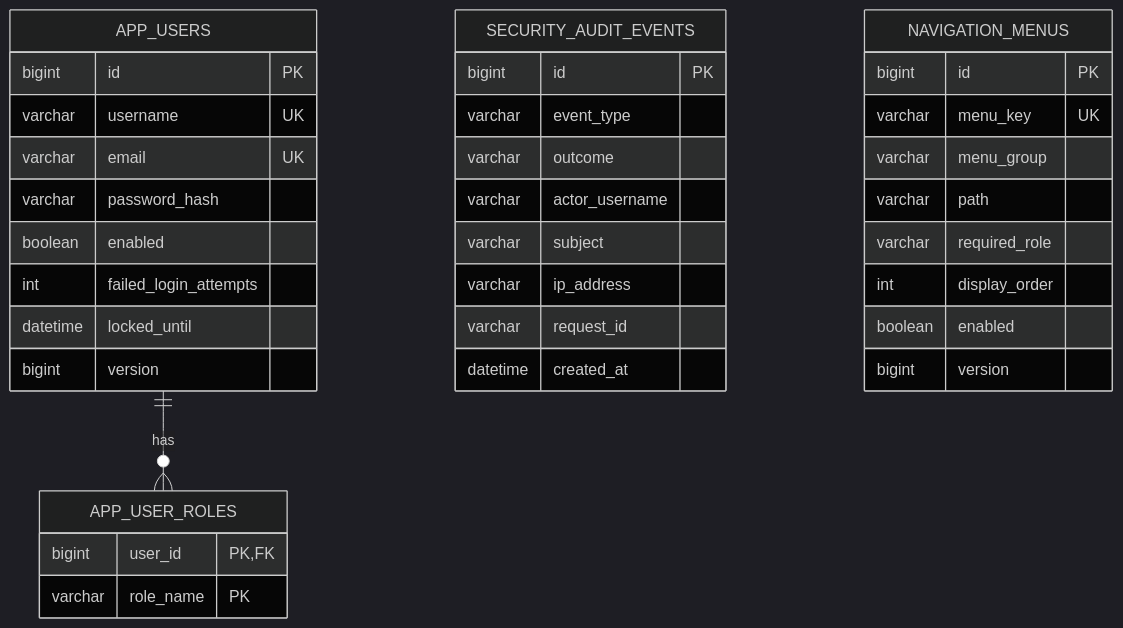
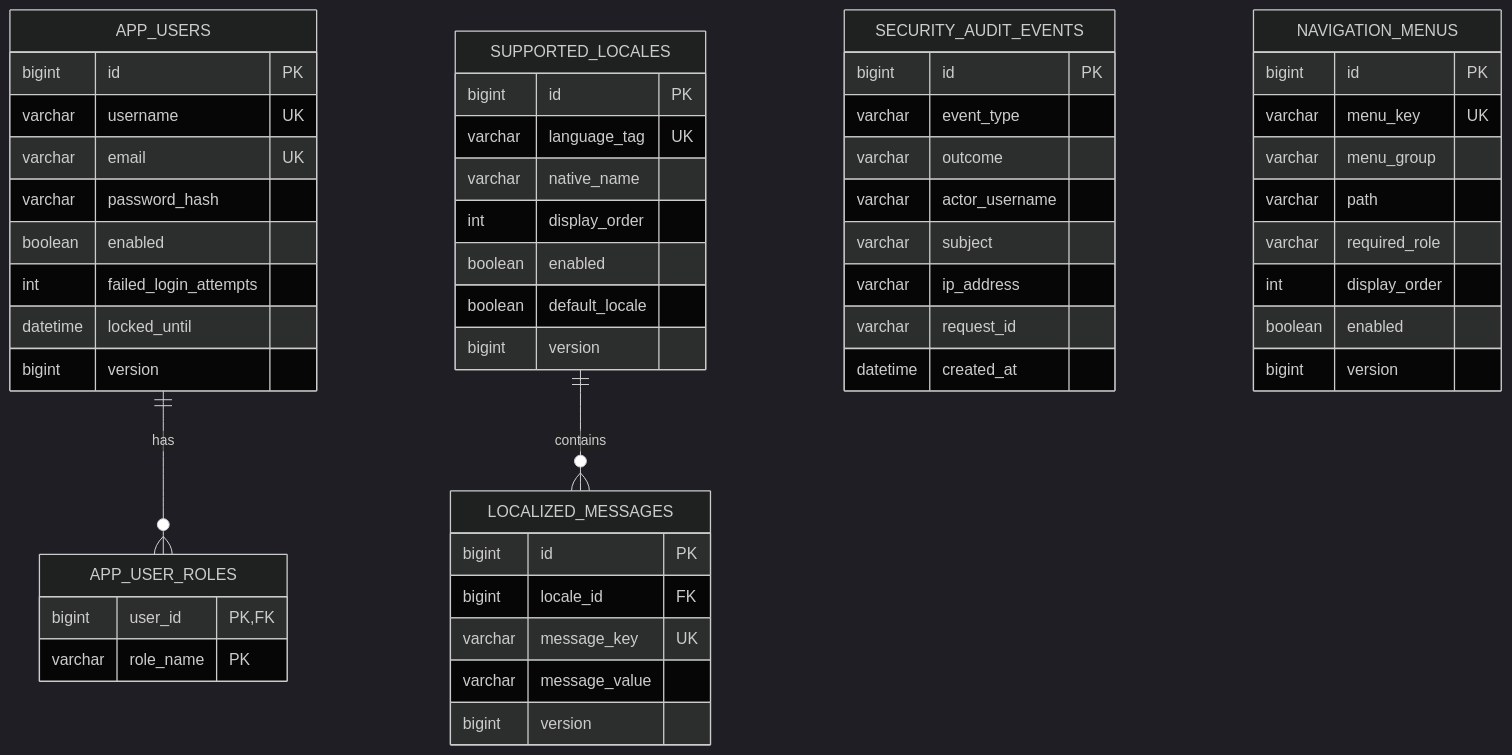
Before and after one commit to efficjump/secure-spring-mvc-jsp-starter: the fourth of 4 diagrams in docs/ARCHITECTURE.md, drawn with Mermaid (dark theme). The commit also changed other lines of this file and 54 other files, not shown here.

````diff
--- a/docs/ARCHITECTURE.md
+++ b/docs/ARCHITECTURE.md
@@ -98,38 +103,55 @@
 ```mermaid
 erDiagram
     APP_USERS ||--o{ APP_USER_ROLES : has
+    SUPPORTED_LOCALES ||--o{ LOCALIZED_MESSAGES : contains
     APP_USERS {
         bigint id PK
         varchar username UK
         varchar email UK
         varchar password_hash
         boolean enabled
         int failed_login_attempts
         datetime locked_until
         bigint version
     }
     APP_USER_ROLES {
         bigint user_id PK,FK
         varchar role_name PK
     }
     SECURITY_AUDIT_EVENTS {
         bigint id PK
         varchar event_type
         varchar outcome
         varchar actor_username
         varchar subject
         varchar ip_address
         varchar request_id
         datetime created_at
     }
     NAVIGATION_MENUS {
         bigint id PK
         varchar menu_key UK
         varchar menu_group
         varchar path
         varchar required_role
         int display_order
         boolean enabled
         bigint version
     }
+    SUPPORTED_LOCALES {
+        bigint id PK
+        varchar language_tag UK
+        varchar native_name
+        int display_order
+        boolean enabled
+        boolean default_locale
+        bigint version
+    }
+    LOCALIZED_MESSAGES {
+        bigint id PK
+        bigint locale_id FK
+        varchar message_key UK
+        varchar message_value
+        bigint version
+    }
 ```
````
